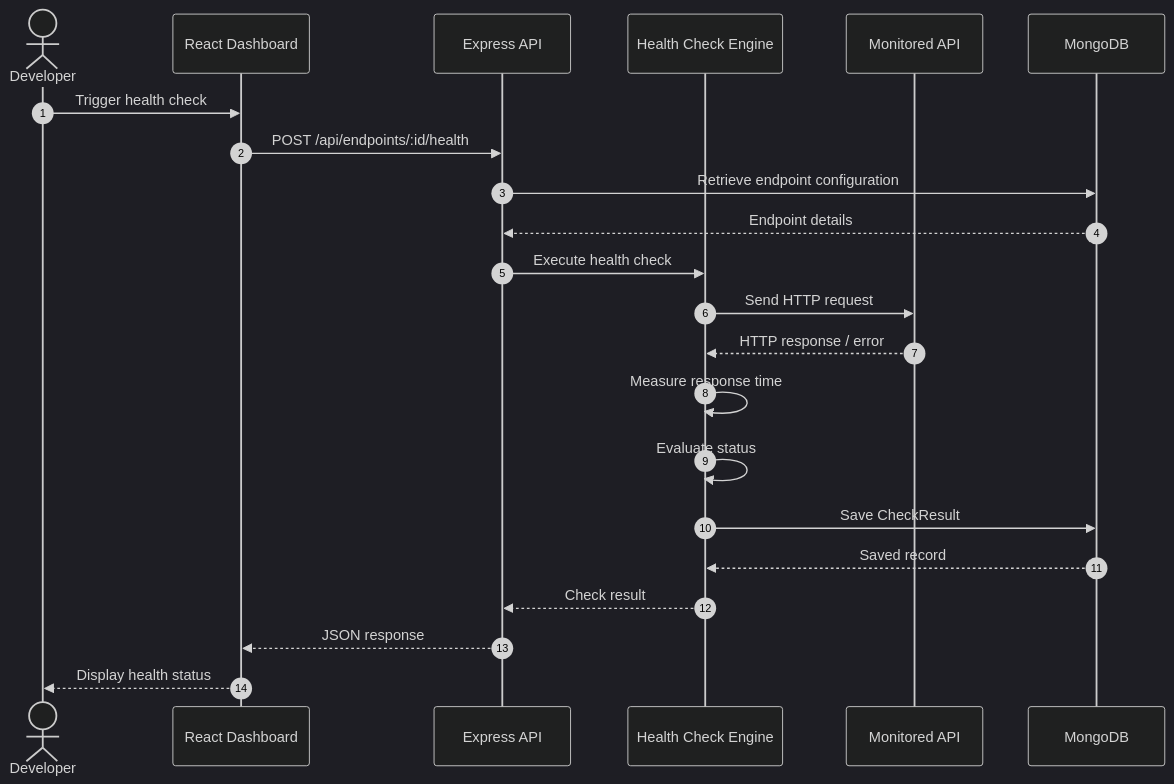
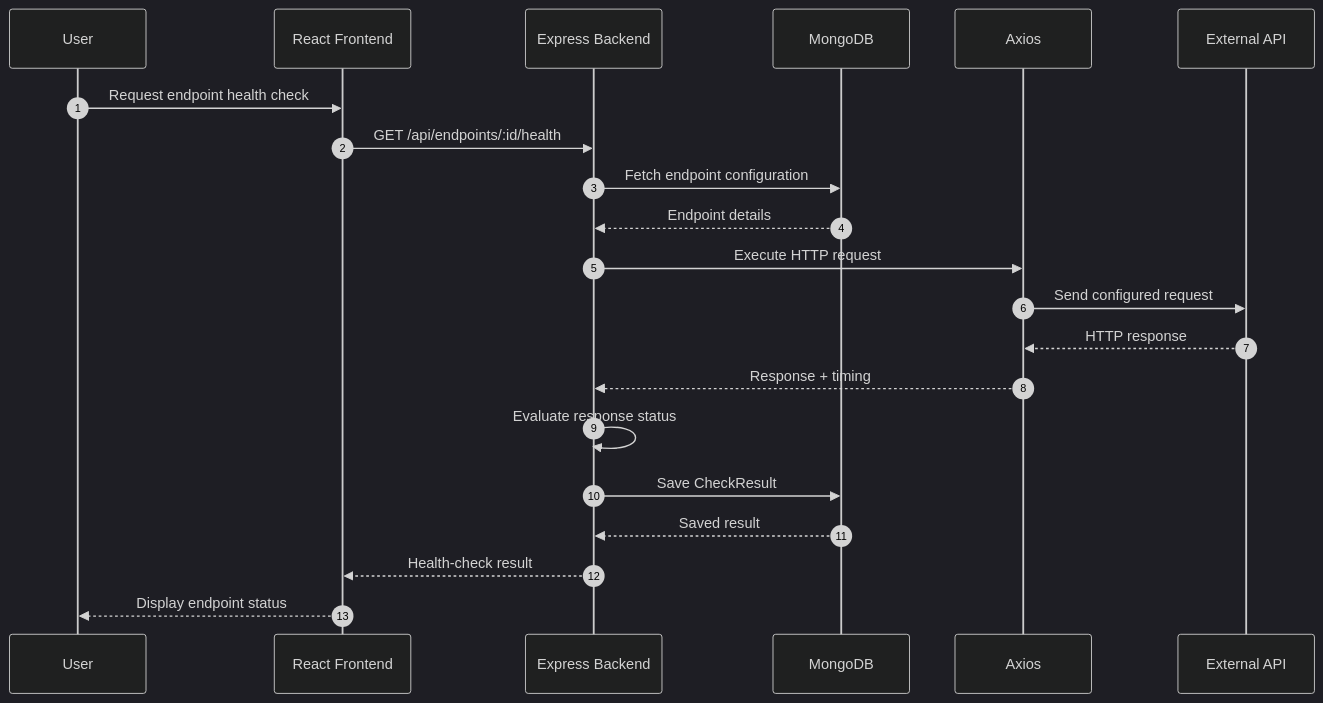
The third of 4 diagrams in README.md (Sarthaktanpure/Api-Sentinel), drawn with Mermaid (dark theme) before and after one commit. The commit also changed other lines of this file, not shown here.

````diff
--- a/README.md
+++ b/README.md
@@ -87,25 +152,24 @@
 ```mermaid
 sequenceDiagram
     autonumber
-    actor Developer
-    participant Dashboard as React Dashboard
-    participant Server as Express API
-    participant Monitor as Health Check Engine
-    participant Target as Monitored API
+    participant User
+    participant UI as React Frontend
+    participant API as Express Backend
     participant DB as MongoDB
+    participant AX as Axios
+    participant EXT as External API
 
-    Developer->>Dashboard: Trigger health check
-    Dashboard->>Server: POST /api/endpoints/:id/health
-    Server->>DB: Retrieve endpoint configuration
-    DB-->>Server: Endpoint details
-    Server->>Monitor: Execute health check
-    Monitor->>Target: Send HTTP request
-    Target-->>Monitor: HTTP response / error
-    Monitor->>Monitor: Measure response time
-    Monitor->>Monitor: Evaluate status
-    Monitor->>DB: Save CheckResult
-    DB-->>Monitor: Saved record
-    Monitor-->>Server: Check result
-    Server-->>Dashboard: JSON response
-    Dashboard-->>Developer: Display health status
+    User->>UI: Request endpoint health check
+    UI->>API: GET /api/endpoints/:id/health
+    API->>DB: Fetch endpoint configuration
+    DB-->>API: Endpoint details
+    API->>AX: Execute HTTP request
+    AX->>EXT: Send configured request
+    EXT-->>AX: HTTP response
+    AX-->>API: Response + timing
+    API->>API: Evaluate response status
+    API->>DB: Save CheckResult
+    DB-->>API: Saved result
+    API-->>UI: Health-check result
+    UI-->>User: Display endpoint status
 ```
````
